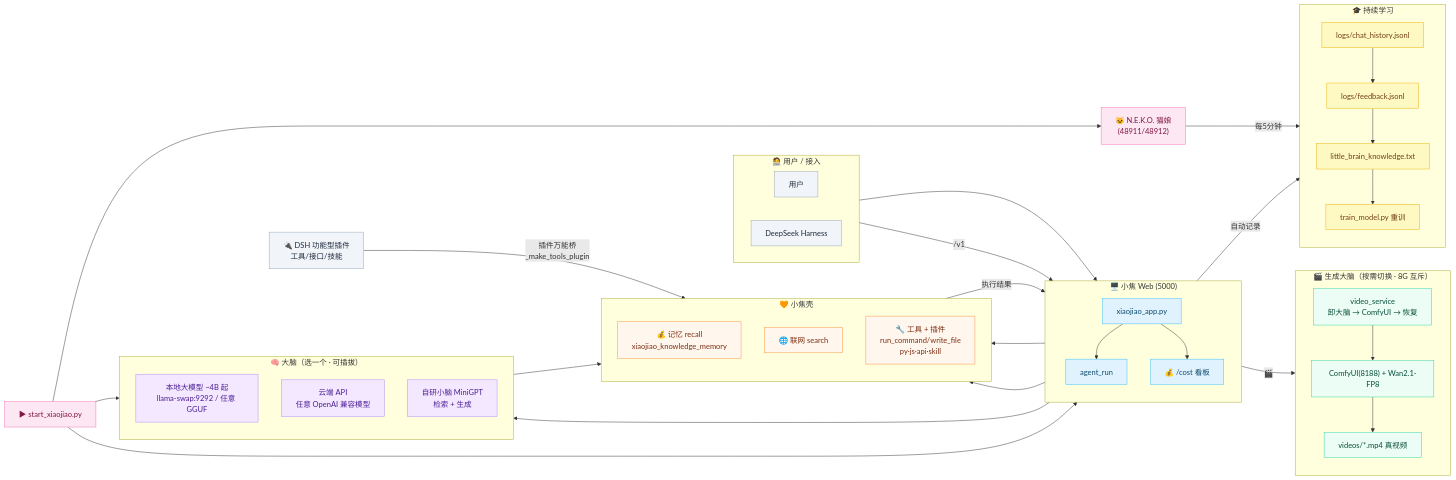
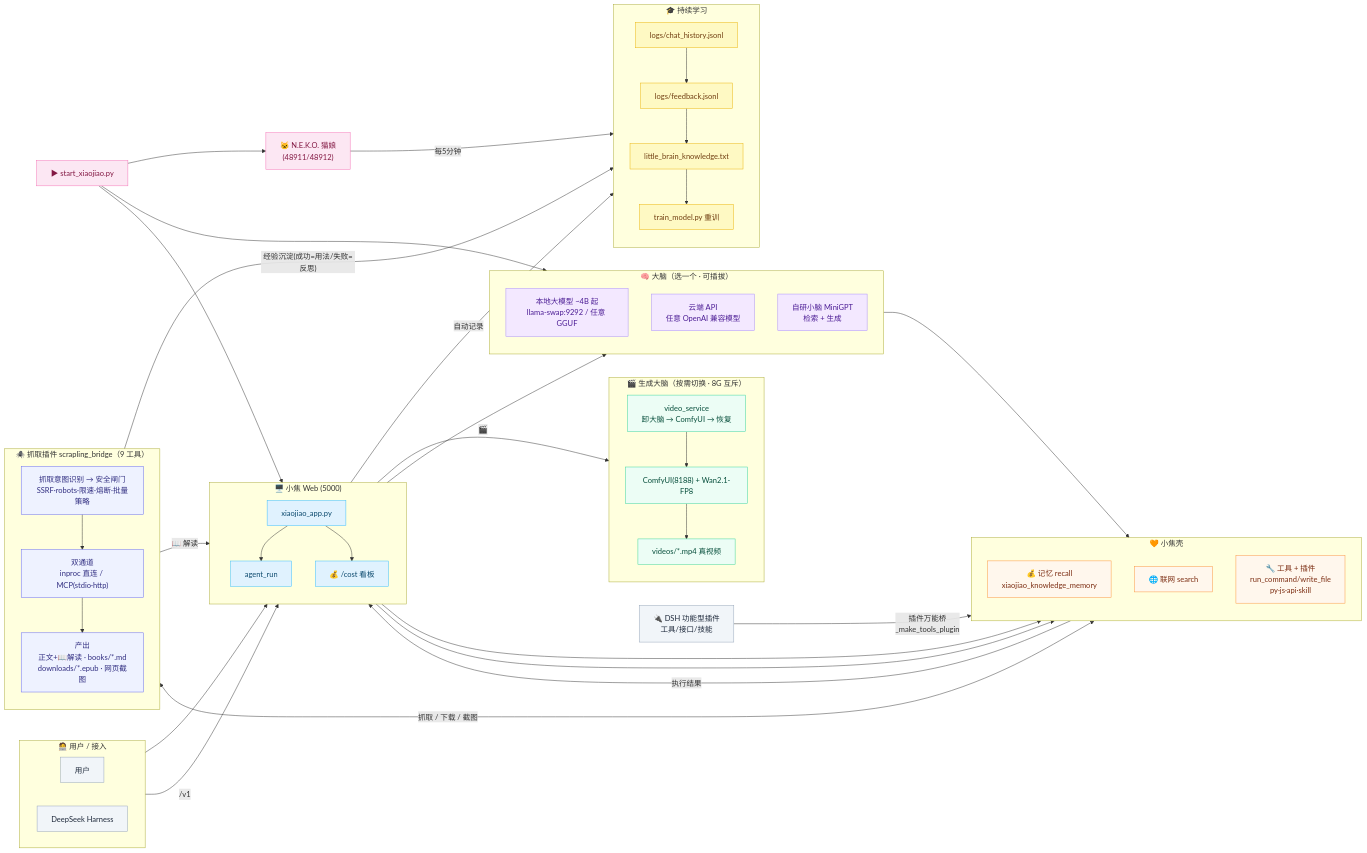
One commit to jiangchuangege/xiaojiao-harness changed the fifth of 13 diagrams in README.md. Above: the diagram before and after it, drawn with Mermaid. The commit also changed other lines of this file and 18 other files, not shown here.

Commit message:
feat(v1.1.0): 网页抓取桥接插件(9工具) + 抓完自动解读/学习闭环; 小脑升为必需项且路径不写死(全盘自探测); 一键安装检测分级(必需/可选不再阻塞启动); 猫娘改为启动前询问(与小焦不绑死); 清除全部残留硬编码路径; README/docs 新增抓取章节与三张全景图

````diff
--- a/README.md
+++ b/README.md
@@ -624,6 +633,14 @@
         TRAIN["train_model.py 重训"]
     end
 
+    subgraph SCRAPE["🕷️ 抓取插件 scrapling_bridge（9 工具）"]
+        direction TB
+        SD["抓取意图识别 → 安全闸门<br/>SSRF·robots·限速·熔断·批量策略"]
+        SDUAL["双通道<br/>inproc 直连 / MCP(stdio·http)"]
+        SOUT["产出<br/>正文+📖解读 · books/*.md<br/>downloads/*.epub · 网页截图"]
+        SD --> SDUAL --> SOUT
+    end
+
     NEKO["🐱 N.E.K.O. 猫娘<br/>(48911/48912)"]
     ST["▶ start_xiaojiao.py"]
     DSHPLUG["🔌 DSH 功能型插件<br/>工具/接口/技能"]
@@ -643,6 +660,9 @@
     ST --> NEKO
     NEKO -->|每5分钟| KNOW
     DSHPLUG -->|插件万能桥<br/>_make_tools_plugin| TOOLS
+    TOOLS <-->|"抓取 / 下载 / 截图"| SD
+    SOUT -->|"📖 解读"| A
+    SOUT -->|"经验沉淀(成功=用法/失败=反思)"| KNOW
     W --> COST_PAGE
 
     classDef in fill:#f1f5f9,stroke:#94a3b8,color:#1e293b;
@@ -652,6 +672,7 @@
     classDef gen fill:#ecfdf5,stroke:#34d399,color:#064e3b;
     classDef lrn fill:#fef9c3,stroke:#eab308,color:#713f12;
     classDef neko fill:#fce7f3,stroke:#f472b6,color:#831843;
+    classDef scr fill:#eef2ff,stroke:#6366f1,color:#312e81;
     class U,DSH,DSHPLUG in;
     class W,A,COST_PAGE web;
     class M,S,TOOLS ag;
@@ -659,4 +680,5 @@
     class VID,COMFY,OUTV gen;
     class LOG,FB,KNOW,TRAIN lrn;
     class NEKO,ST,BR neko;
+    class SD,SDUAL,SOUT scr;
 ```
````
